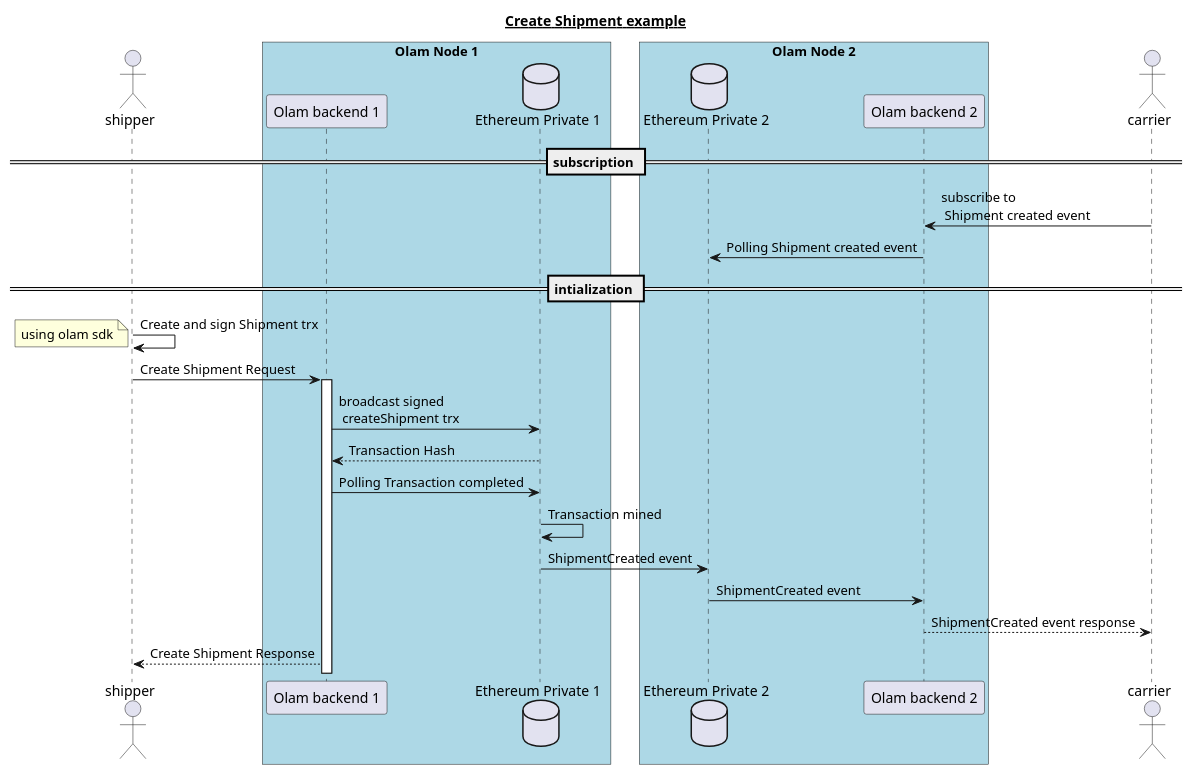
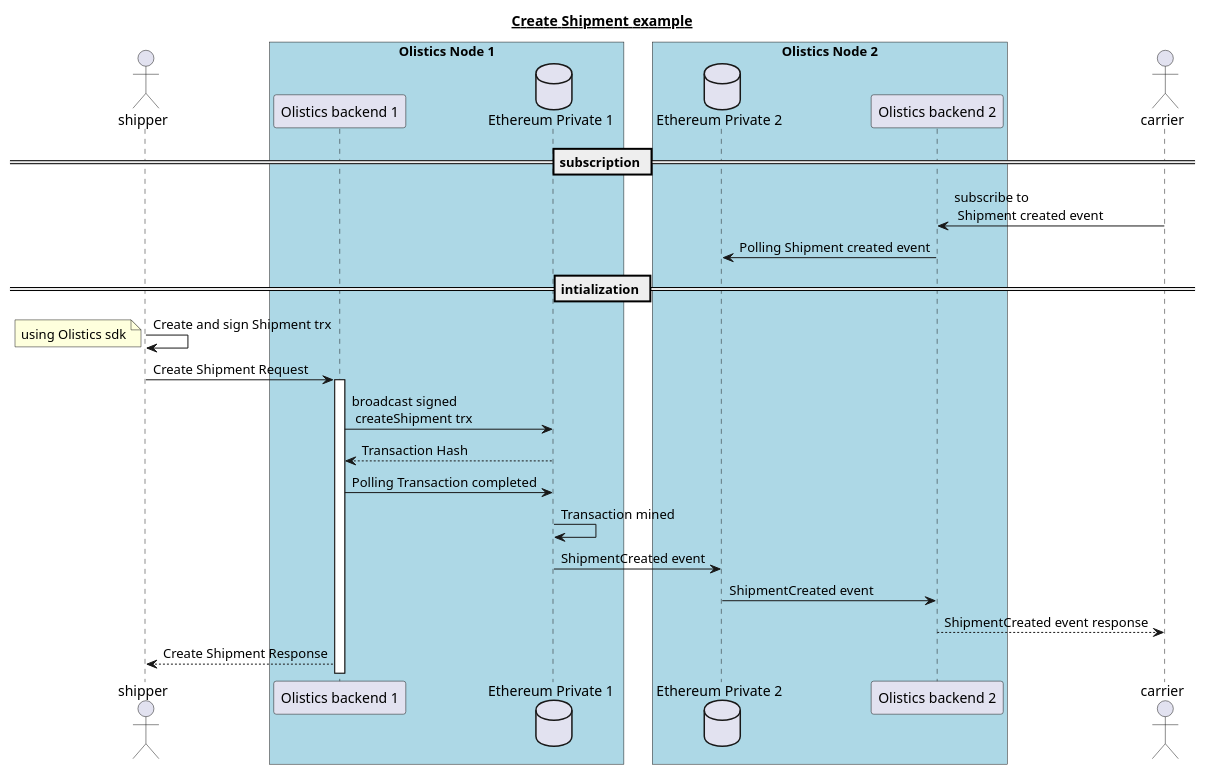
Before and after one commit to Olam-Platform/olistics-node: the diagram in diagrams/shipments/create-shipment-sequence.puml, drawn with PlantUML. The commit also changed 72 other files, not shown here.

```diff
--- a/diagrams/shipments/create-shipment-sequence.puml
+++ b/diagrams/shipments/create-shipment-sequence.puml
@@ -2,51 +2,51 @@
 @startuml
 
 actor shipper
-box "Olam Node 1" #LightBlue
-participant "Olam backend 1"
+box "Olistics Node 1" #LightBlue
+participant "Olistics backend 1"
 database "Ethereum Private 1"
 end box
-box "Olam Node 2" #LightBlue
+box "Olistics Node 2" #LightBlue
 database "Ethereum Private 2"
-participant "Olam backend 2"
+participant "Olistics backend 2"
 end box
 actor carrier
 
 title __Create Shipment example__
 
 
 'autonumber
 
 == subscription ==
-carrier -> "Olam backend 2" : subscribe to \n Shipment created event
-"Olam backend 2" -> "Ethereum Private 2" : Polling Shipment created event
+carrier -> "Olistics backend 2" : subscribe to \n Shipment created event
+"Olistics backend 2" -> "Ethereum Private 2" : Polling Shipment created event
 
 
 == intialization ==
 shipper -> shipper : Create and sign Shipment trx
-note left: using olam sdk
+note left: using Olistics sdk
 
-shipper -> "Olam backend 1": Create Shipment Request
-activate "Olam backend 1"
+shipper -> "Olistics backend 1": Create Shipment Request
+activate "Olistics backend 1"
 
-"Olam backend 1" -> "Ethereum Private 1" : broadcast signed \n createShipment trx
+"Olistics backend 1" -> "Ethereum Private 1" : broadcast signed \n createShipment trx
 
-"Ethereum Private 1" --> "Olam backend 1" : Transaction Hash
+"Ethereum Private 1" --> "Olistics backend 1" : Transaction Hash
 
-"Olam backend 1" -> "Ethereum Private 1" : Polling Transaction completed
+"Olistics backend 1" -> "Ethereum Private 1" : Polling Transaction completed
 
 "Ethereum Private 1" -> "Ethereum Private 1" : Transaction mined
 
 "Ethereum Private 1" -> "Ethereum Private 2" : ShipmentCreated event
 
 
-"Ethereum Private 2" -> "Olam backend 2" : ShipmentCreated event
+"Ethereum Private 2" -> "Olistics backend 2" : ShipmentCreated event
 
-"Olam backend 2" --> "carrier" : ShipmentCreated event response
+"Olistics backend 2" --> "carrier" : ShipmentCreated event response
 
 
-"Olam backend 1" --> shipper: Create Shipment Response
+"Olistics backend 1" --> shipper: Create Shipment Response
 
 
 
 @enduml
```
